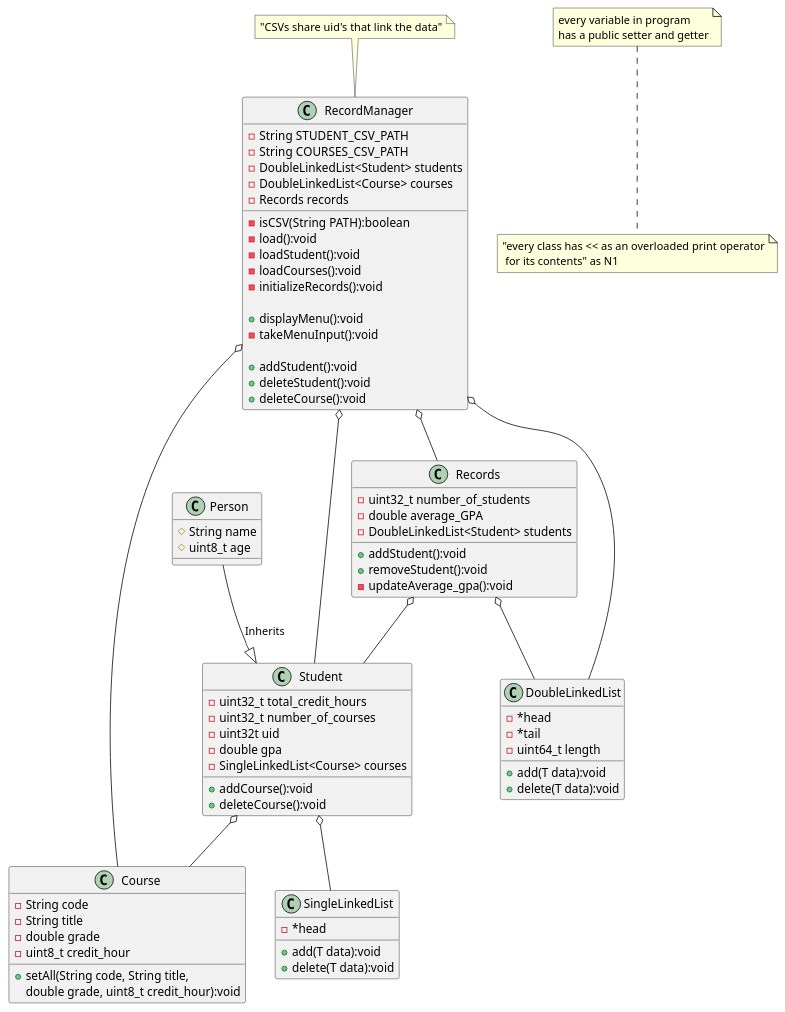
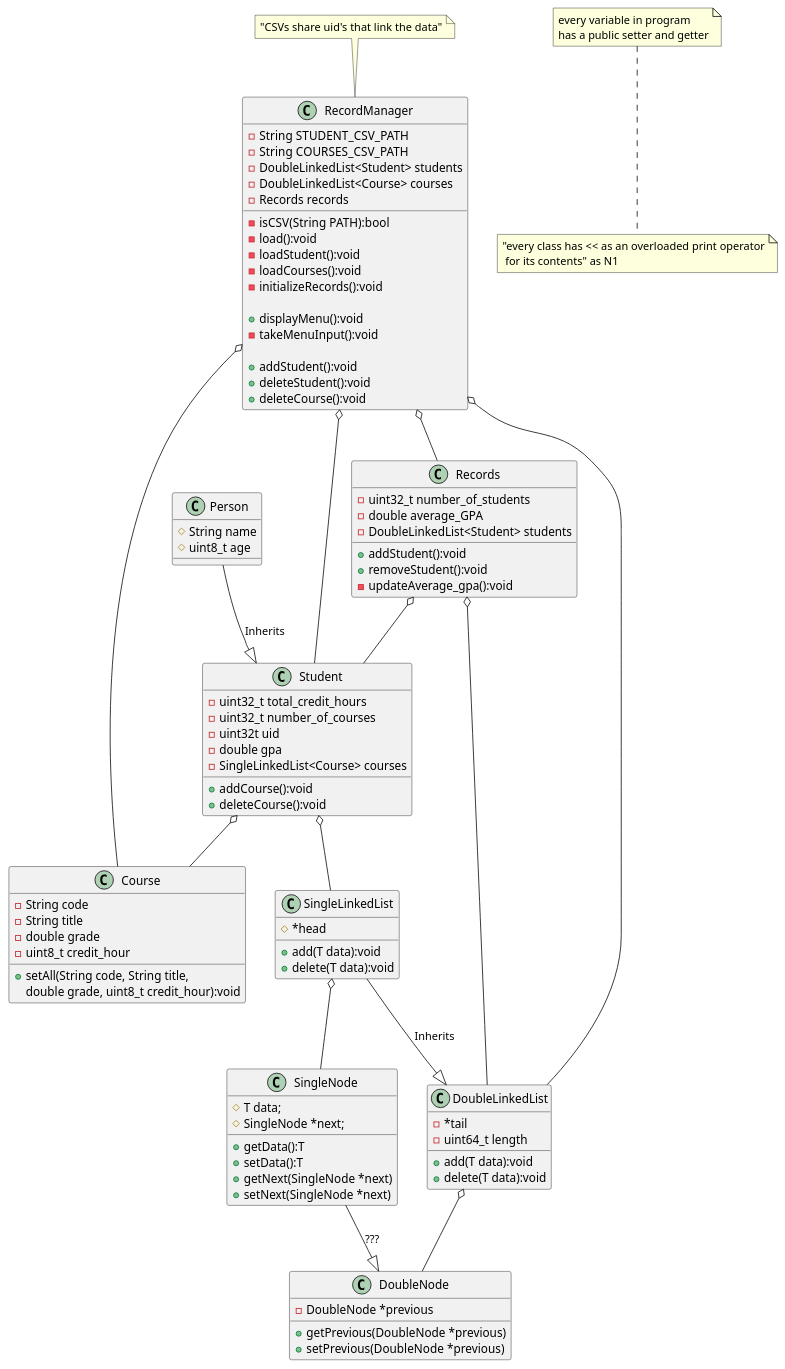
One commit to Andrew-Shepard/SimpleStudentRecordSystem changed the diagram in uml/ClassDiagram.puml. Above: the diagram before and after it, drawn with PlantUML. The commit also changed 9 other files, not shown here.

Commit message:
Started on Single and Double lists, added print menu to RecordManager.cpp

```diff
--- a/uml/ClassDiagram.puml
+++ b/uml/ClassDiagram.puml
@@ -1,85 +1,102 @@
 @startuml
 
 class Person {
     #String name
     #uint8_t age
 }
 
 class Course {
     -String code
     -String title
     -double grade
     -uint8_t credit_hour
 
     +setAll(String code, String title,
         double grade, uint8_t credit_hour):void
 }
 class SingleLinkedList{
-    -*head
+    #*head
 
     +add(T data):void
     +delete(T data):void
 }
 class DoubleLinkedList{
-    -*head
     -*tail
     -uint64_t length
 
     +add(T data):void
     +delete(T data):void
+}
+class SingleNode{
+    #T data;
+    #SingleNode *next;
 
+    +getData():T
+    +setData():T
+    +getNext(SingleNode *next)
+    +setNext(SingleNode *next)
+}
+class DoubleNode{
+    -DoubleNode *previous
+
+    +getPrevious(DoubleNode *previous)
+    +setPrevious(DoubleNode *previous)
 }
 class RecordManager{
     -String STUDENT_CSV_PATH
     -String COURSES_CSV_PATH
     -DoubleLinkedList<Student> students
     -DoubleLinkedList<Course> courses
     -Records records
 
-    -isCSV(String PATH):boolean
+    -isCSV(String PATH):bool
     -load():void
     -loadStudent():void
     -loadCourses():void
     -initializeRecords():void
 
     +displayMenu():void
     -takeMenuInput():void
 
     +addStudent():void
     +deleteStudent():void
     +deleteCourse():void
 }
 class Student{
     -uint32_t total_credit_hours
     -uint32_t number_of_courses
     -uint32t uid
     -double gpa
     -SingleLinkedList<Course> courses
 
     +addCourse():void
     +deleteCourse():void
 }
 class Records{
     -uint32_t number_of_students
     -double average_GPA
     -DoubleLinkedList<Student> students
 
     +addStudent():void
     +removeStudent():void
     -updateAverage_gpa():void
 }
 Person --|> Student : Inherits
 Student o-- SingleLinkedList
 Records o-- DoubleLinkedList
 Student o-- Course
 Records o-- Student
 RecordManager o-- DoubleLinkedList
 RecordManager o-- Records
 RecordManager o-- Student
 RecordManager o-- Course
+SingleLinkedList o-- SingleNode
+DoubleLinkedList o-- DoubleNode
 
-class Person
+SingleLinkedList --|> DoubleLinkedList : Inherits
+SingleNode --|> DoubleNode : ???
+
 note "every variable in program\nhas a public setter and getter" as N2
 note bottom of N2 : "every class has << as an overloaded print operator\n for its contents" as N1
 note top of RecordManager : "CSVs share uid's that link the data"
 @enduml
```
